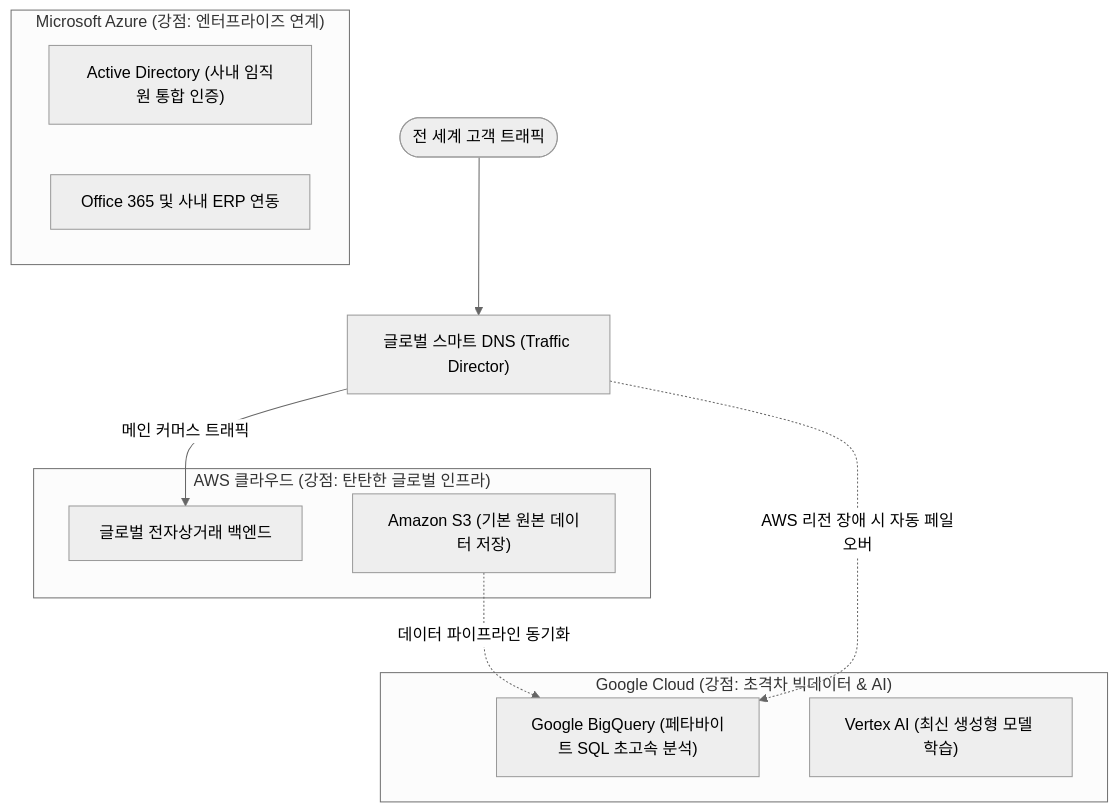
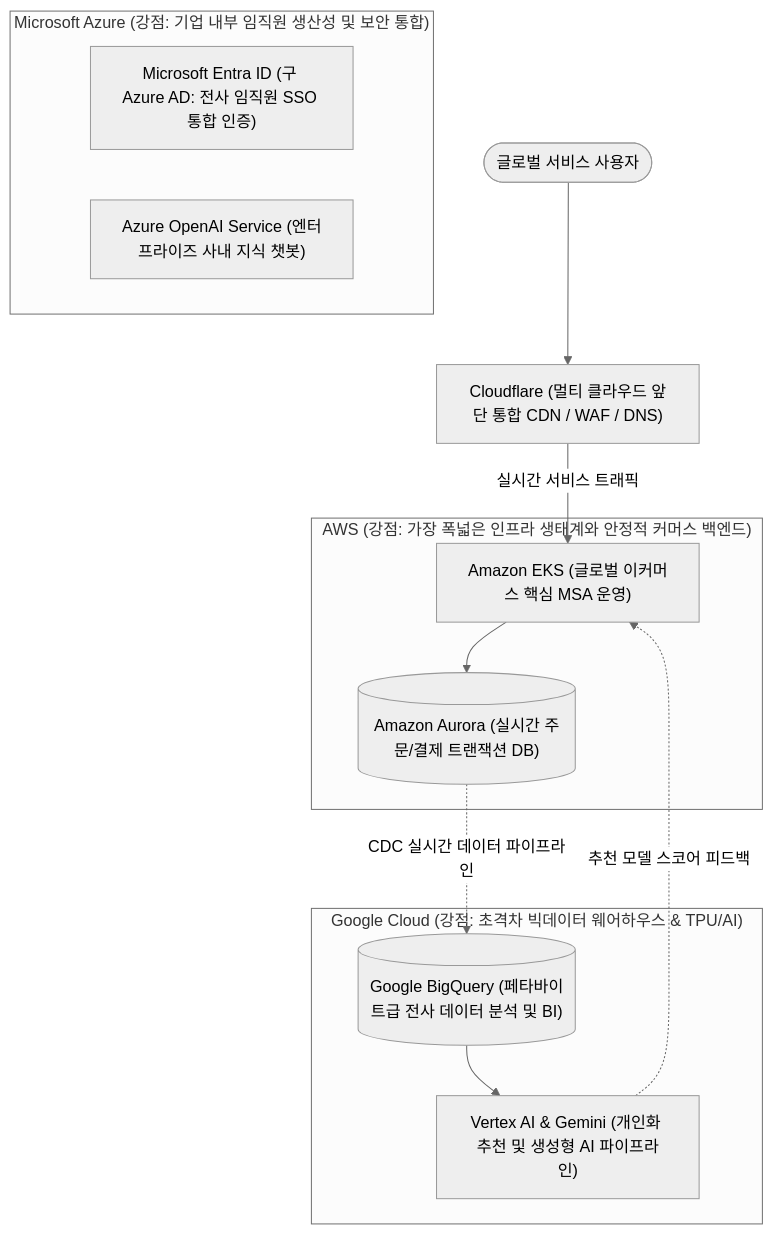
One commit to keimania/tech-notes changed the ninth of 26 diagrams in 10_클라우드_빅데이터_인공지능.md. Above: the diagram before and after it, drawn with Mermaid (neutral theme). The commit also changed other lines of this file and 12 other files, not shown here.

````diff
--- a/10_클라우드_빅데이터_인공지능.md
+++ b/10_클라우드_빅데이터_인공지능.md
@@ -518,23 +614,25 @@
 ```mermaid
 flowchart TD
-    User(["전 세계 고객 트래픽"]) --> GlobalDNS["글로벌 스마트 DNS (Traffic Director)"]
+    User(["글로벌 서비스 사용자"]) --> CDN["Cloudflare (멀티 클라우드 앞단 통합 CDN / WAF / DNS)"]
 
-    subgraph AWS_Env["AWS 클라우드 (강점: 탄탄한 글로벌 인프라)"]
-        AWS_Web["글로벌 전자상거래 백엔드"]
-        AWS_Storage["Amazon S3 (기본 원본 데이터 저장)"]
+    subgraph AWS_Cloud["AWS (강점: 가장 폭넓은 인프라 생태계와 안정적 커머스 백엔드)"]
+        EKS_AWS["Amazon EKS (글로벌 이커머스 핵심 MSA 운영)"]
+        Aurora[("Amazon Aurora (실시간 주문/결제 트랜잭션 DB)")]
+        EKS_AWS --> Aurora
     end
 
-    subgraph GCP_Env["Google Cloud (강점: 초격차 빅데이터 & AI)"]
-        GCP_BQ["Google BigQuery (페타바이트 SQL 초고속 분석)"]
-        GCP_Vertex["Vertex AI (최신 생성형 모델 학습)"]
+    subgraph GCP_Cloud["Google Cloud (강점: 초격차 빅데이터 웨어하우스 & TPU/AI)"]
+        BQ[("Google BigQuery (페타바이트급 전사 데이터 분석 및 BI)")]
+        Vertex["Vertex AI & Gemini (개인화 추천 및 생성형 AI 파이프라인)"]
+        BQ --> Vertex
     end
 
-    subgraph Azure_Env["Microsoft Azure (강점: 엔터프라이즈 연계)"]
-        Azure_AD["Active Directory (사내 임직원 통합 인증)"]
-        Azure_O365["Office 365 및 사내 ERP 연동"]
+    subgraph Azure_Cloud["Microsoft Azure (강점: 기업 내부 임직원 생산성 및 보안 통합)"]
+        Entra["Microsoft Entra ID (구 Azure AD: 전사 임직원 SSO 통합 인증)"]
+        OpenAI["Azure OpenAI Service (엔터프라이즈 사내 지식 챗봇)"]
     end
 
-    GlobalDNS -->|메인 커머스 트래픽| AWS_Web
-    AWS_Storage -.->|데이터 파이프라인 동기화| GCP_BQ
-    GlobalDNS -.->|AWS 리전 장애 시 자동 페일오버| GCP_BQ
+    CDN -->|"실시간 서비스 트래픽"| EKS_AWS
+    Aurora -.->|"CDC 실시간 데이터 파이프라인"| BQ
+    Vertex -.->|"추천 모델 스코어 피드백"| EKS_AWS
 ```
````
